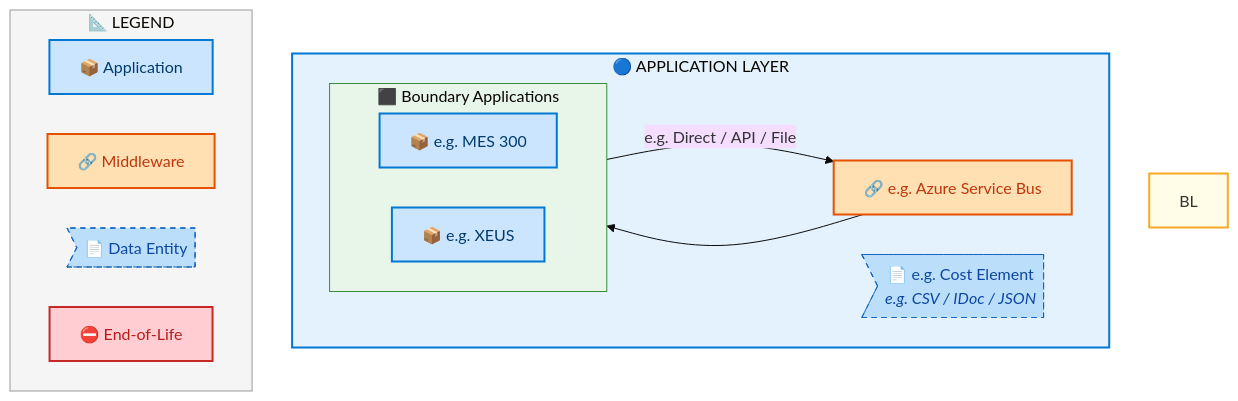
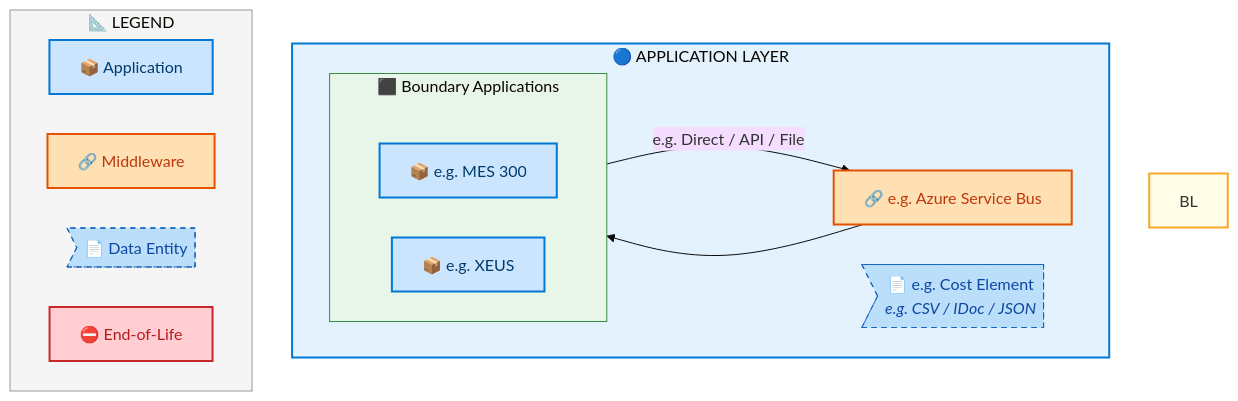
One commit to sajivfrancis777/IAO-Architecture changed the sixth of 9 diagrams in towers/E2E/Order to Cash/Order_to_Cash_IF/output/docs/systems-architecture/Order_to_Cash_IF-Architecture.md. Above: the diagram before and after it, drawn with Mermaid. The commit also changed other lines of this file and 250 other files, not shown here.

First line of the commit message:
perf+fix: lazy Mermaid rendering + rank-enforced layer ordering

````diff
--- a/towers/E2E/Order to Cash/Order_to_Cash_IF/output/docs/systems-architecture/Order_to_Cash_IF-Architecture.md
+++ b/towers/E2E/Order to Cash/Order_to_Cash_IF/output/docs/systems-architecture/Order_to_Cash_IF-Architecture.md
@@ -1010,42 +1010,44 @@
 ```mermaid
 %%{init: {"theme": "base", "securityLevel": "loose", "themeVariables": {"fontSize": "16px", "fontFamily": "Segoe UI, Arial, sans-serif"}, "flowchart": {"useMaxWidth": false, "htmlLabels": true, "nodeSpacing": 40, "rankSpacing": 50}} }%%
 flowchart TB
     %% -- ArchiMate 3.2 + Azure style classes --
     classDef business      fill:#FFFFB3,stroke:#F9A825,stroke-width:2px,color:#000
     classDef app           fill:#CCE5FF,stroke:#0078D4,stroke-width:2px,color:#003A6C
     classDef data          fill:#BBDEFB,stroke:#1565C0,stroke-width:1px,color:#0D47A1,stroke-dasharray: 5 5
     classDef middleware    fill:#FFE0B2,stroke:#E65100,stroke-width:2px,color:#BF360C
     classDef eol           fill:#FFCDD2,stroke:#C62828,stroke-width:2px,color:#B71C1C
     classDef saas          fill:#E1BEE7,stroke:#7B1FA2,stroke-width:2px,color:#4A148C
     classDef cloud         fill:#BBDEFB,stroke:#1565C0,stroke-width:2px,color:#0D47A1
     classDef onprem        fill:#C8E6C9,stroke:#2E7D32,stroke-width:2px,color:#1B5E20
+    classDef rankAnchor    width:0px,height:0px,padding:0px,margin:0px,fill:none,stroke:none
 
     subgraph AL["🔵 APPLICATION LAYER"]
         direction LR
         subgraph Order_to_Cash_IFCLN_Boundary_Applications[" ⬛ Boundary Applications"]
             direction LR
+            Order_to_Cash_IFC_ALRANK_0[ ]:::rankAnchor
             Order_to_Cash_IFC_e_g_MES_300["📦 e.g. MES 300"]:::app
             Order_to_Cash_IFC_e_g_XEUS["📦 e.g. XEUS"]:::app
         end
         Order_to_Cash_IFCMW_e_g_Azure_Service_Bus["🔗 e.g. Azure Service Bus"]:::middleware
         Order_to_Cash_IFCDE_e_g_Cost_Element>"📄 e.g. Cost Element<br/><i>e.g. CSV / IDoc / JSON</i>"]:::data
     end
 
     Order_to_Cash_IFC_e_g_MES_300 -->|"e.g. Direct / API / File"| Order_to_Cash_IFCMW_e_g_Azure_Service_Bus
     Order_to_Cash_IFCMW_e_g_Azure_Service_Bus --> Order_to_Cash_IFC_e_g_XEUS
 
 
     style BL fill:#FFFDE7,stroke:#F9A825,stroke-width:2px
     style AL fill:#E3F2FD,stroke:#0078D4,stroke-width:2px
 
     style Order_to_Cash_IFCLN_Boundary_Applications fill:#E8F5E9,stroke:#388E3C,stroke-width:1px
 
     subgraph Legend["📐 LEGEND"]
         direction LR
         L_APP["📦 Application"]:::app
         L_MW["🔗 Middleware"]:::middleware
         L_DE>"📄 Data Entity"]:::data
         L_EOL["⛔ End-of-Life"]:::eol
     end
     style Legend fill:#F5F5F5,stroke:#999,stroke-width:1px
 ```
````
